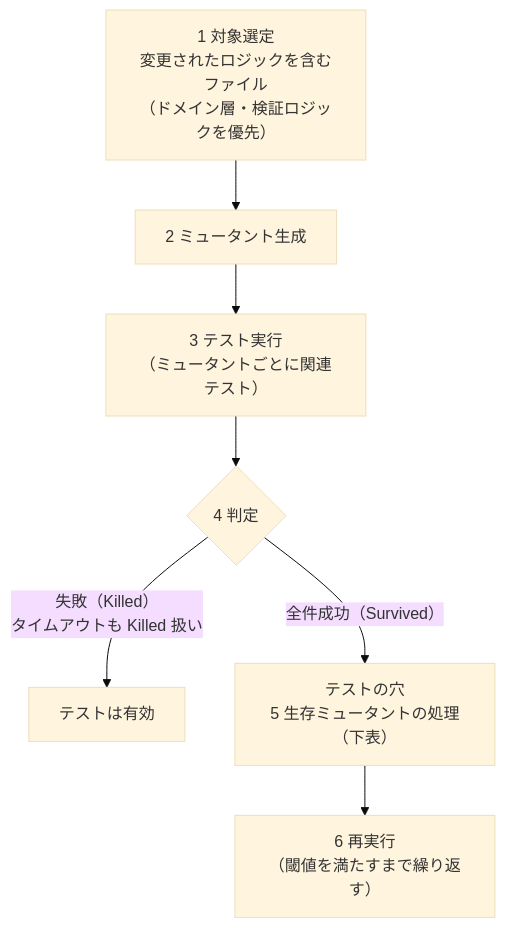
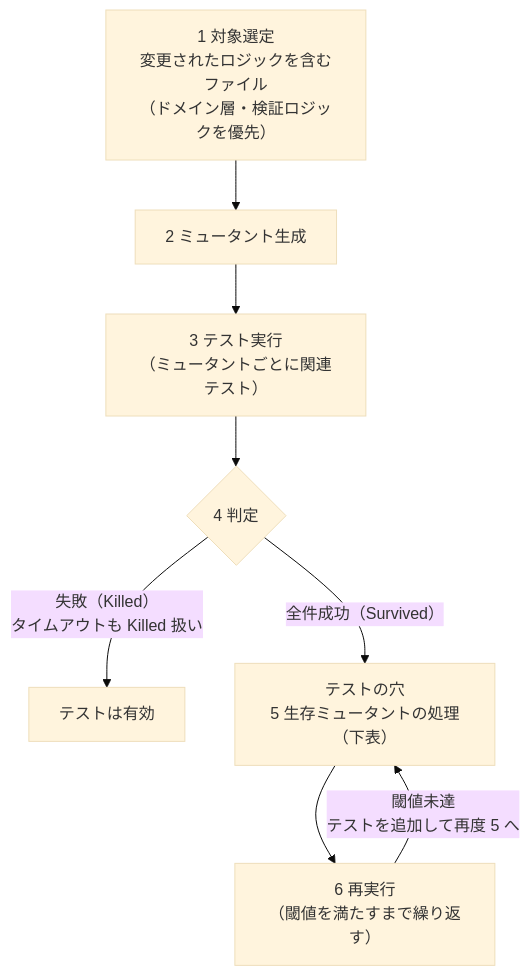
One commit to toshio-shiratori/harness-test-strategy changed the second of 2 diagrams in docs/testing/02b-execution-and-mutation.md. Above: the diagram before and after it, drawn with Mermaid (base theme). The commit also changed other lines of this file and 1 other file, not shown here.

````diff
--- a/docs/testing/02b-execution-and-mutation.md
+++ b/docs/testing/02b-execution-and-mutation.md
@@ -142,9 +97,10 @@
 ```mermaid
 flowchart TD
   A["1 対象選定<br/>変更されたロジックを含むファイル<br/>（ドメイン層・検証ロジックを優先）"] --> B["2 ミュータント生成"]
   B --> C["3 テスト実行<br/>（ミュータントごとに関連テスト）"]
   C --> D{"4 判定"}
   D -->|"失敗（Killed）<br/>タイムアウトも Killed 扱い"| E["テストは有効"]
   D -->|"全件成功（Survived）"| F["テストの穴<br/>5 生存ミュータントの処理（下表）"]
   F --> G["6 再実行<br/>（閾値を満たすまで繰り返す）"]
+  G -->|"閾値未達<br/>テストを追加して再度 5 へ"| F
 ```
````
